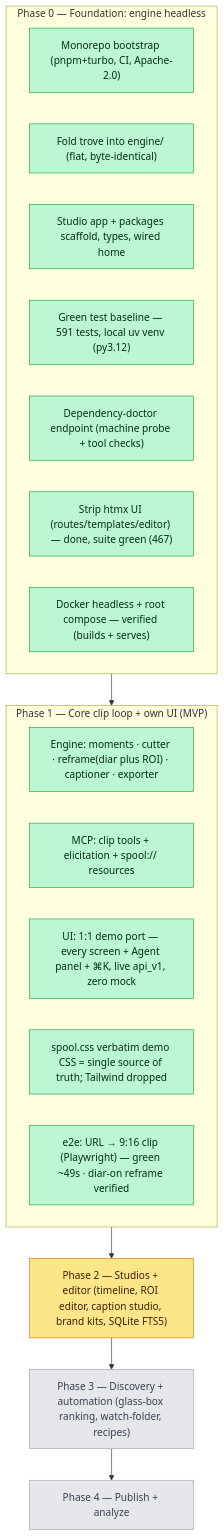
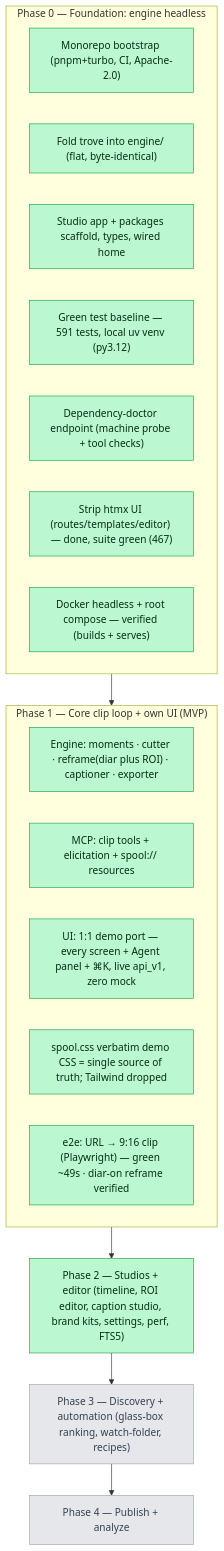
One commit to afk1997/spool-editor changed the diagram in docs/PROGRESS.md. Above: the diagram before and after it, drawn with Mermaid. The commit also changed other lines of this file, not shown here.

First line of the commit message:
docs: PROGRESS — Phase 2 COMPLETE (Settings + perf + FTS5 shipped)

````diff
--- a/docs/PROGRESS.md
+++ b/docs/PROGRESS.md
@@ -66,28 +70,28 @@
 ```mermaid
 graph TD
     subgraph P0["Phase 0 — Foundation: engine headless"]
       B0["Monorepo bootstrap (pnpm+turbo, CI, Apache-2.0)"]:::done
       B1["Fold trove into engine/ (flat, byte-identical)"]:::done
       B2["Studio app + packages scaffold, types, wired home"]:::done
       B3["Green test baseline — 591 tests, local uv venv (py3.12)"]:::done
       B5["Dependency-doctor endpoint (machine probe + tool checks)"]:::done
       B4["Strip htmx UI (routes/templates/editor) — done, suite green (467)"]:::done
       B6["Docker headless + root compose — verified (builds + serves)"]:::done
     end
     subgraph P1["Phase 1 — Core clip loop + own UI (MVP)"]
       C1["Engine: moments · cutter · reframe(diar plus ROI) · captioner · exporter"]:::done
       C2["MCP: clip tools + elicitation + spool:// resources"]:::done
       C3["UI: 1:1 demo port — every screen + Agent panel + ⌘K, live api_v1, zero mock"]:::done
       C4["spool.css verbatim demo CSS = single source of truth; Tailwind dropped"]:::done
       C5["e2e: URL → 9:16 clip (Playwright) — green ~49s · diar-on reframe verified"]:::done
     end
-    P2["Phase 2 — Studios + editor (timeline, ROI editor, caption studio, brand kits, SQLite FTS5)"]:::wip
+    P2["Phase 2 — Studios + editor (timeline, ROI editor, caption studio, brand kits, settings, perf, FTS5)"]:::done
     P3["Phase 3 — Discovery + automation (glass-box ranking, watch-folder, recipes)"]:::todo
     P4["Phase 4 — Publish + analyze"]:::todo
 
     P0 --> P1 --> P2 --> P3 --> P4
 
     classDef done fill:#bbf7d0,stroke:#16a34a,color:#052e16;
     classDef wip  fill:#fde68a,stroke:#d97706,color:#451a03;
     classDef todo fill:#e5e7eb,stroke:#9ca3af,color:#374151;
 ```
````
